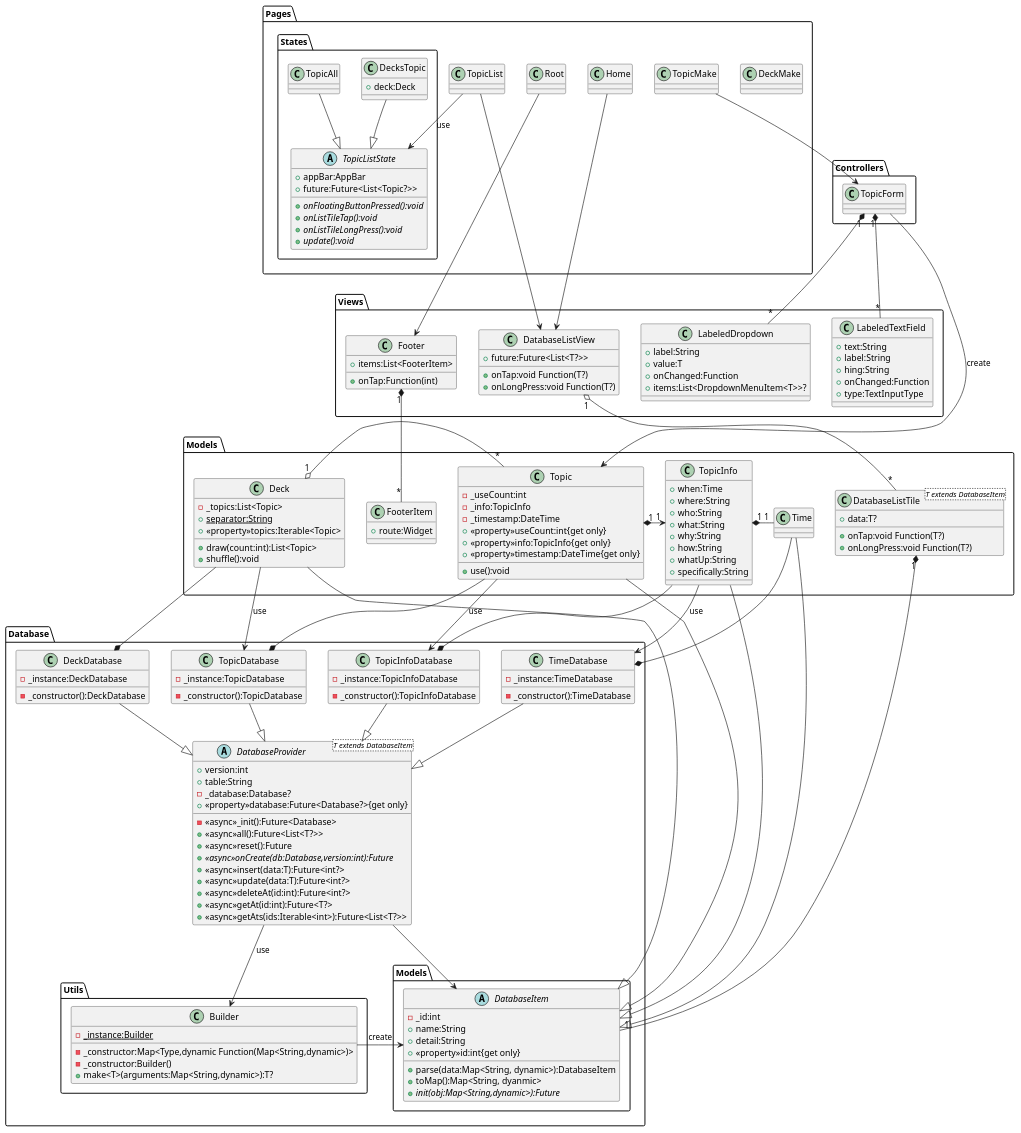
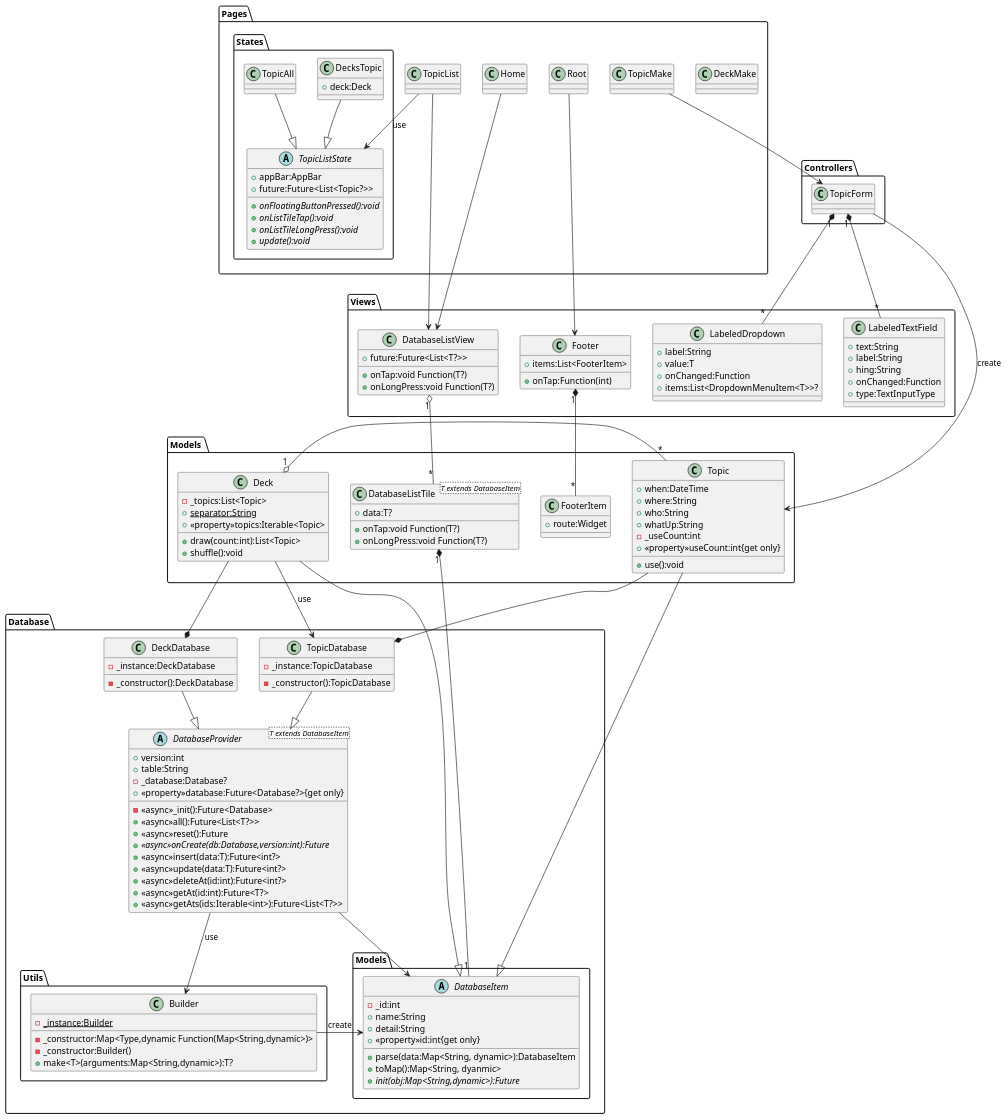
One commit to nmskm240/conversation_deck changed the diagram in classDiagram.pu. Above: the diagram before and after it, drawn with PlantUML. The commit also changed 7 other files, not shown here.

```diff
--- a/classDiagram.pu
+++ b/classDiagram.pu
@@ -50,20 +50,10 @@
         -_instance:DeckDatabase
         -_constructor():DeckDatabase
     }
-    class TimeDatabase
-    {
-        -_instance:TimeDatabase
-        -_constructor():TimeDatabase
-    }
     class TopicDatabase
     {
         -_instance:TopicDatabase
         -_constructor():TopicDatabase
-    }
-    class TopicInfoDatabase
-    {
-        -_instance:TopicInfoDatabase
-        -_constructor():TopicInfoDatabase
     }
 }
 
@@ -87,27 +77,15 @@
     {
         +route:Widget
     }
-    class Time
     class Topic
     {
-        -_useCount:int
-        -_info:TopicInfo
-        -_timestamp:DateTime
-        +<<property>>useCount:int{get only}
-        +<<property>>info:TopicInfo{get only}
-        +<<property>>timestamp:DateTime{get only}
-        +use():void
-    }
-    class TopicInfo
-    {
-        +when:Time
+        +when:DateTime
         +where:String
         +who:String
-        +what:String
-        +why:String
-        +how:String
         +whatUp:String
-        +specifically:String
+        -_useCount:int
+        +<<property>>useCount:int{get only}
+        +use():void
     }
 }
 package Pages
@@ -168,8 +146,6 @@
 DatabaseProvider --> DatabaseItem
 DatabaseProvider --> Builder : use
 Deck --> TopicDatabase : use
-Topic --> TopicInfoDatabase : use
-TopicInfo --> TimeDatabase : use
 Root --> Footer
 Home --> DatabaseListView
 TopicList --> DatabaseListView
@@ -180,22 +156,13 @@
 
 DeckDatabase --|> DatabaseProvider
 TopicDatabase --|> DatabaseProvider
-TopicInfoDatabase --|> DatabaseProvider
-TimeDatabase --|> DatabaseProvider
 Deck --|> DatabaseItem
 Topic --|> DatabaseItem
-TopicInfo --|> DatabaseItem
-Time --|> DatabaseItem
 TopicAll --|> TopicListState
 DecksTopic --|> TopicListState
 
-Topic "1" *-right-> "1" TopicInfo
-
 DeckDatabase *-up- Deck
 TopicDatabase *-up- Topic
-TopicInfoDatabase *-up- TopicInfo
-TimeDatabase *-up- Time
-TopicInfo "1" *-right- "1" Time
 TopicForm "1" *-- "*" LabeledDropdown
 TopicForm "1" *-- "*" LabeledTextField
 Footer "1" *-- "*" FooterItem
```
